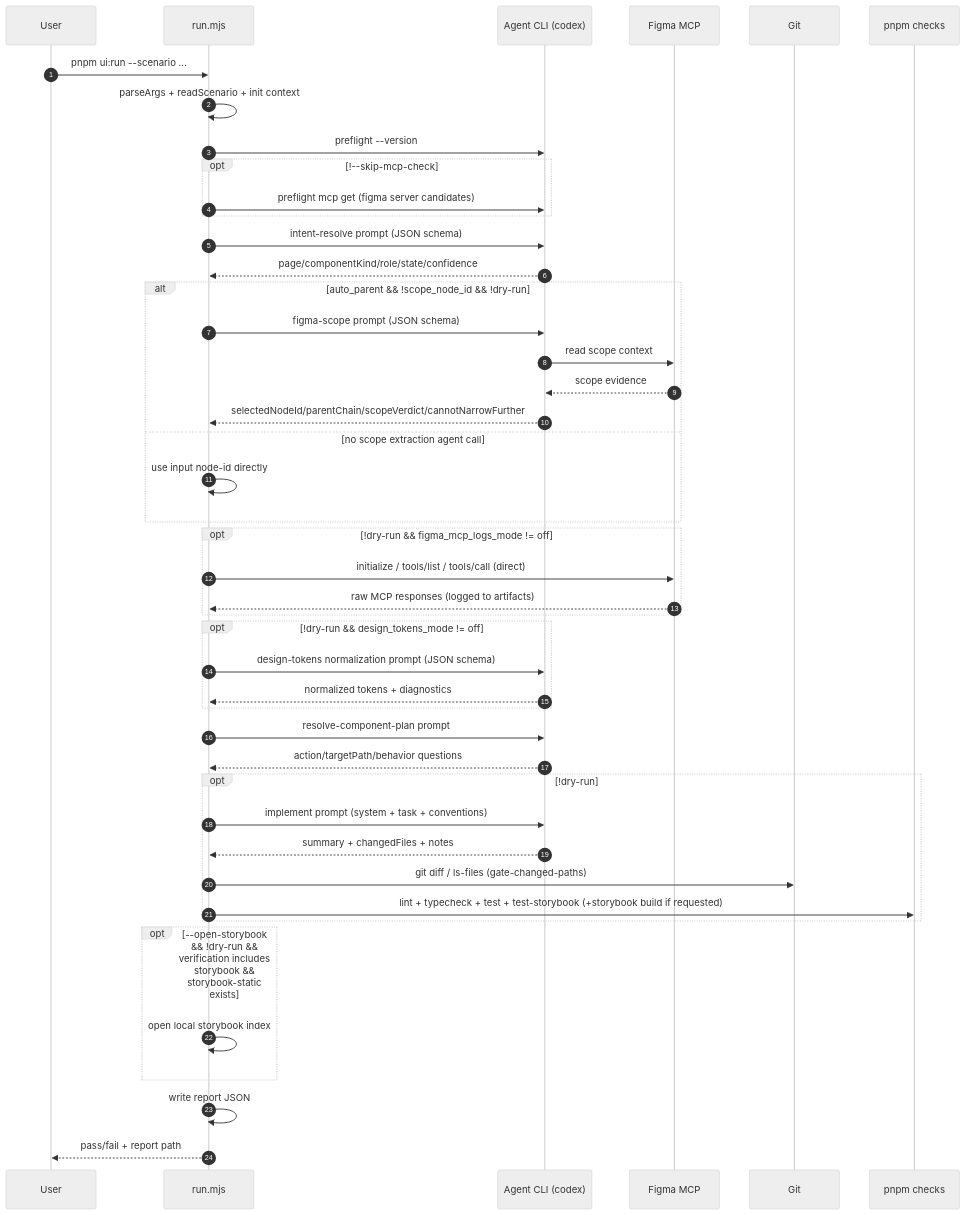
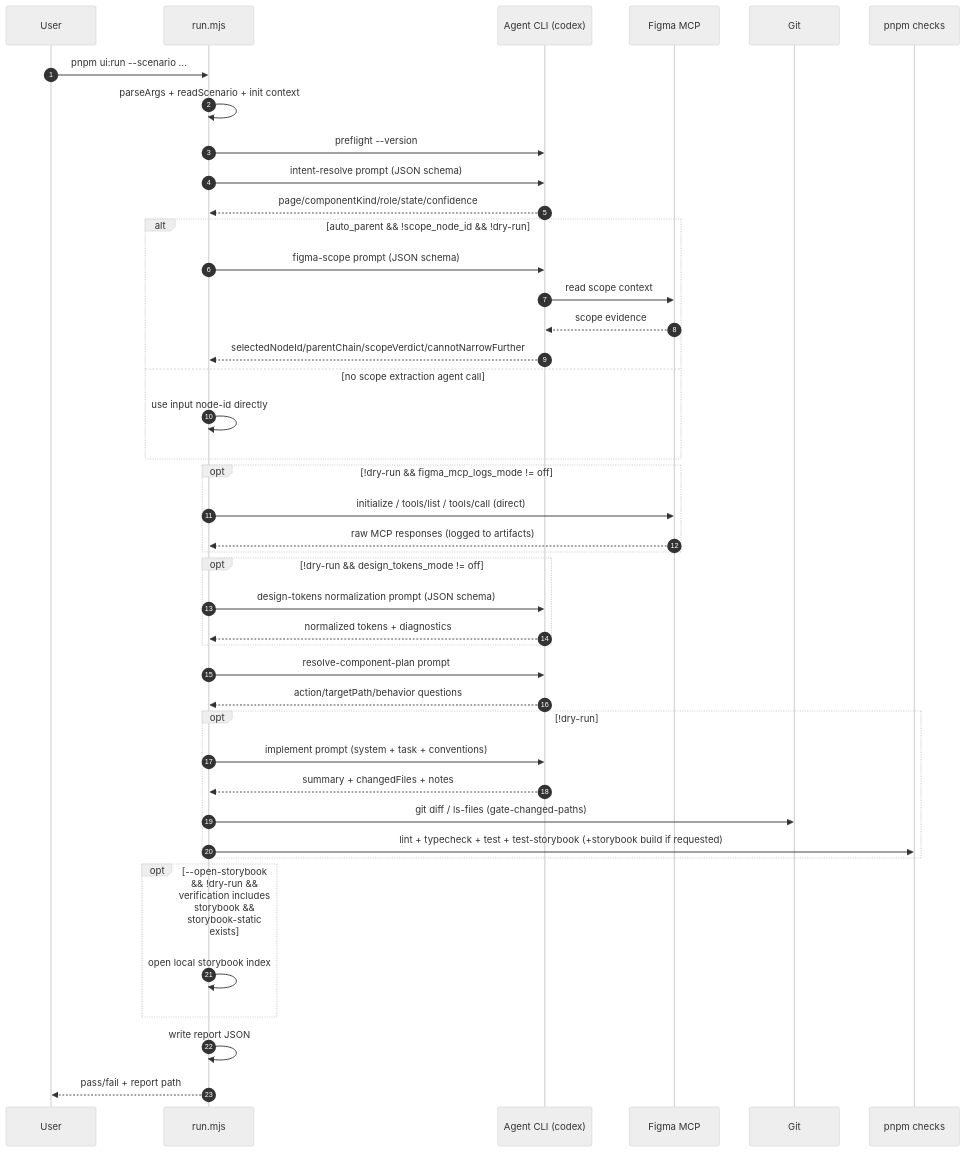
The second of 4 diagrams in orchestration/ui-components/README.md (TEAM-HOUME/HOUME-CLIENT), drawn with Mermaid (neutral theme) before and after one commit. The commit also changed other lines of this file and 4 other files, not shown here.

````diff
--- a/orchestration/ui-components/README.md
+++ b/orchestration/ui-components/README.md
@@ -143,59 +122,55 @@
 ```mermaid
 sequenceDiagram
   autonumber
   participant U as User
   participant R as run.mjs
   participant A as Agent CLI (codex)
   participant M as Figma MCP
   participant G as Git
   participant P as pnpm checks
 
   U->>R: pnpm ui:run --scenario ...
   R->>R: parseArgs + readScenario + init context
   R->>A: preflight --version
-
-  opt !--skip-mcp-check
-    R->>A: preflight mcp get (figma server candidates)
-  end
 
   R->>A: intent-resolve prompt (JSON schema)
   A-->>R: page/componentKind/role/state/confidence
 
   alt auto_parent && !scope_node_id && !dry-run
     R->>A: figma-scope prompt (JSON schema)
     A->>M: read scope context
     M-->>A: scope evidence
     A-->>R: selectedNodeId/parentChain/scopeVerdict/cannotNarrowFurther
   else no scope extraction agent call
     R->>R: use input node-id directly
   end
 
   opt !dry-run && figma_mcp_logs_mode != off
     R->>M: initialize / tools/list / tools/call (direct)
     M-->>R: raw MCP responses (logged to artifacts)
   end
 
   opt !dry-run && design_tokens_mode != off
     R->>A: design-tokens normalization prompt (JSON schema)
     A-->>R: normalized tokens + diagnostics
   end
 
   R->>A: resolve-component-plan prompt
   A-->>R: action/targetPath/behavior questions
 
   opt !dry-run
     R->>A: implement prompt (system + task + conventions)
     A-->>R: summary + changedFiles + notes
 
     R->>G: git diff / ls-files (gate-changed-paths)
 
     R->>P: lint + typecheck + test + test-storybook (+storybook build if requested)
   end
 
   opt --open-storybook && !dry-run && verification includes storybook && storybook-static exists
     R->>R: open local storybook index
   end
 
   R->>R: write report JSON
   R-->>U: pass/fail + report path
 ```
````
